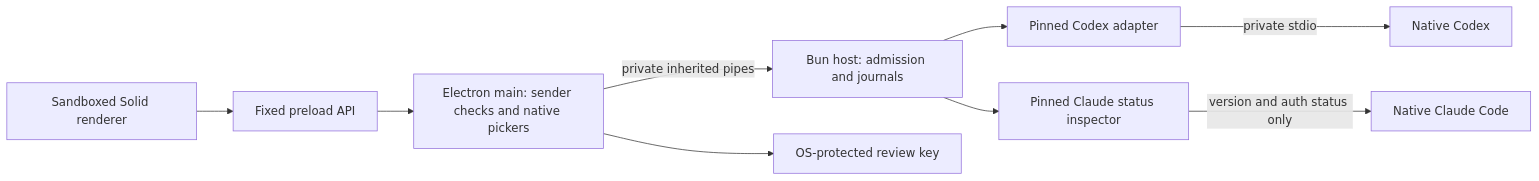
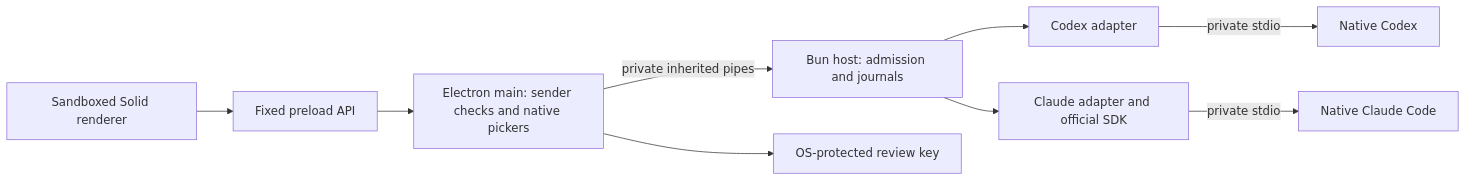
The diagram in DESKTOP.md (Amjed1202/opencode), drawn with Mermaid before and after one commit. The commit also changed other lines of this file and 102 other files, not shown here.

Commit message:
feat(desktop): add native Claude and V1 workspace workflows

````diff
--- a/DESKTOP.md
+++ b/DESKTOP.md
@@ -52,11 +58,11 @@
 ```mermaid
 flowchart LR
   UI[Sandboxed Solid renderer] --> Bridge[Fixed preload API]
   Bridge --> Main[Electron main: sender checks and native pickers]
   Main -->|private inherited pipes| Host[Bun host: admission and journals]
   Main --> Vault[OS-protected review key]
-  Host --> Adapter[Pinned Codex adapter]
-  Adapter -->|private stdio| Native[Native Codex]
-  Host --> Claude[Pinned Claude status inspector]
-  Claude -->|version and auth status only| ClaudeNative[Native Claude Code]
+  Host --> Codex[Codex adapter]
+  Codex -->|private stdio| NativeCodex[Native Codex]
+  Host --> Claude[Claude adapter and official SDK]
+  Claude -->|private stdio| NativeClaude[Native Claude Code]
 ```
````
